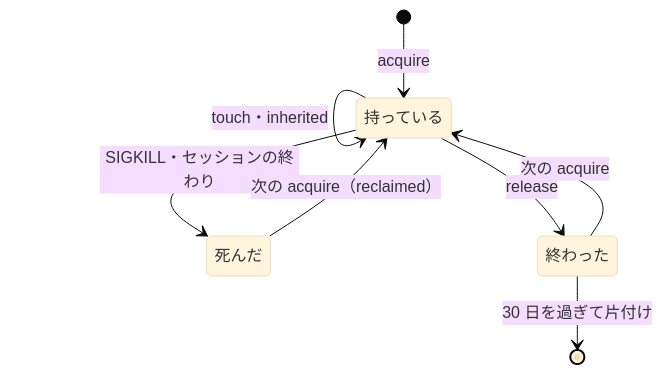
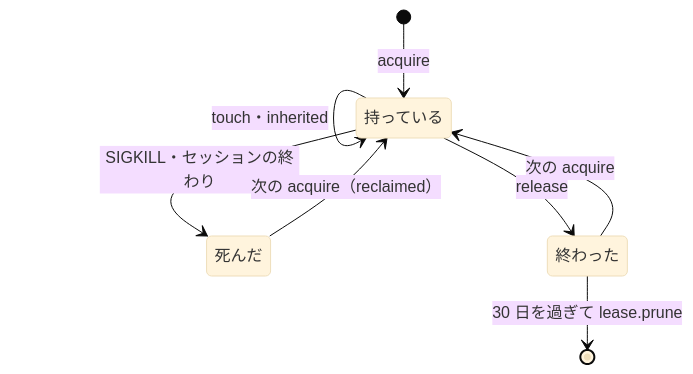
Before and after one commit to devbasex/ai-plugins: the seventh of 7 diagrams in issues/issue-2342-design.md, drawn with Mermaid (base theme). The commit also changed other lines of this file and 4 other files, not shown here.

````diff
--- a/issues/issue-2342-design.md
+++ b/issues/issue-2342-design.md
@@ -413,10 +420,10 @@
 ```mermaid
 stateDiagram-v2
     [*] --> 持っている: acquire
     持っている --> 持っている: touch・inherited
     持っている --> 終わった: release
     持っている --> 死んだ: SIGKILL・セッションの終わり
     死んだ --> 持っている: 次の acquire（reclaimed）
     終わった --> 持っている: 次の acquire
-    終わった --> [*]: 30 日を過ぎて片付け
+    終わった --> [*]: 30 日を過ぎて lease.prune
 ```
````
